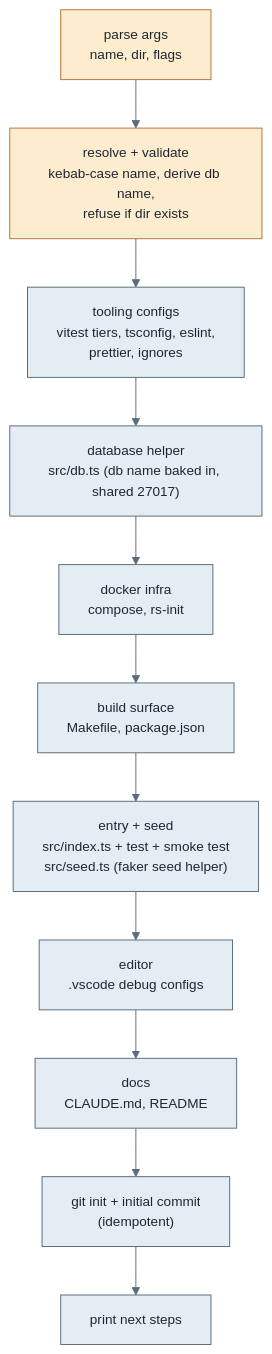
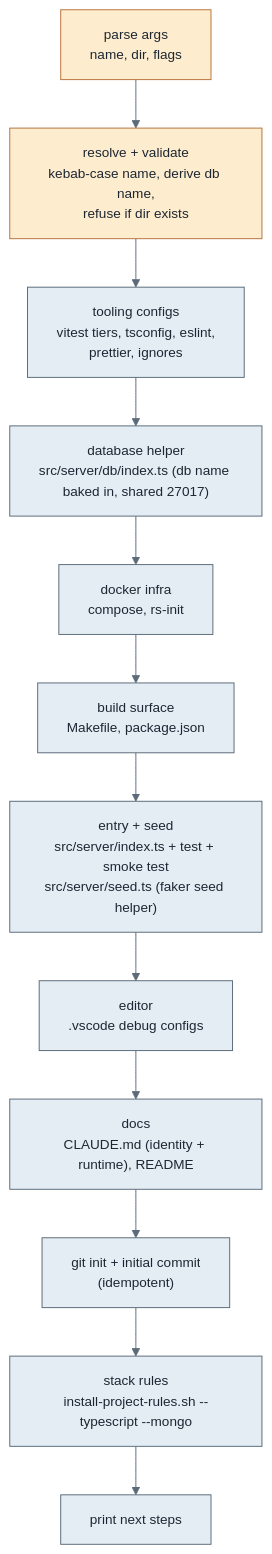
One commit to omerosaienni/agent-sdlc changed the second of 4 diagrams in docs/scripts.md. Above: the diagram before and after it, drawn with Mermaid. The commit also changed other lines of this file and 5 other files, not shown here.

Commit message:
feat(generator): src/server layout and delegated stack rules (#23)

````diff
--- a/docs/scripts.md
+++ b/docs/scripts.md
@@ -64,19 +65,20 @@
 ```mermaid
 %%{init: {'theme':'base','themeVariables':{'primaryColor':'#e4edf4','primaryTextColor':'#1d2733','primaryBorderColor':'#5b6b7a','lineColor':'#5b6b7a','fontSize':'14px'}}}%%
 flowchart TD
     args["parse args<br/>name, dir, flags"] --> resolve["resolve + validate<br/>kebab-case name, derive db name,<br/>refuse if dir exists"]
     resolve --> tooling["tooling configs<br/>vitest tiers, tsconfig, eslint,<br/>prettier, ignores"]
-    tooling --> db["database helper<br/>src/db.ts (db name baked in, shared 27017)"]
+    tooling --> db["database helper<br/>src/server/db/index.ts (db name baked in, shared 27017)"]
     db --> infra["docker infra<br/>compose, rs-init"]
     infra --> build["build surface<br/>Makefile, package.json"]
-    build --> entry["entry + seed<br/>src/index.ts + test + smoke test<br/>src/seed.ts (faker seed helper)"]
+    build --> entry["entry + seed<br/>src/server/index.ts + test + smoke test<br/>src/server/seed.ts (faker seed helper)"]
     entry --> editor["editor<br/>.vscode debug configs"]
-    editor --> docs["docs<br/>CLAUDE.md, README"]
+    editor --> docs["docs<br/>CLAUDE.md (identity + runtime), README"]
     docs --> git["git init + initial commit<br/>(idempotent)"]
-    git --> done["print next steps"]
+    git --> rules["stack rules<br/>install-project-rules.sh --typescript --mongo"]
+    rules --> done["print next steps"]
 
     classDef io fill:#fdeccd,stroke:#b8743d,color:#1d2733;
     classDef work fill:#e4edf4,stroke:#5b6b7a,color:#1d2733;
     class args,resolve io;
     class tooling,db,infra,build,entry,editor,docs,git work;
 ```
````
